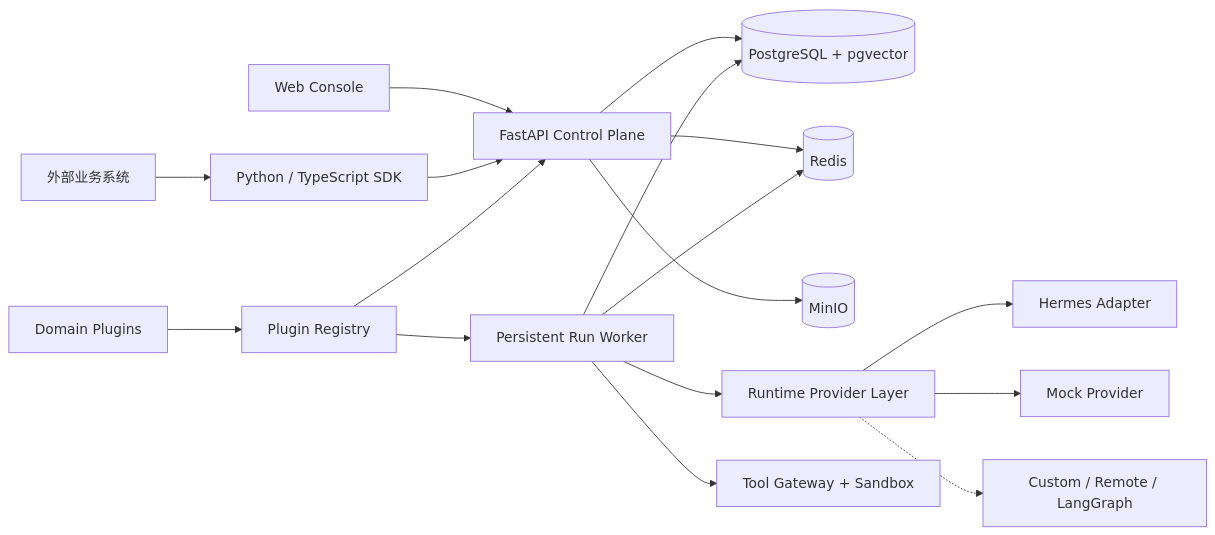
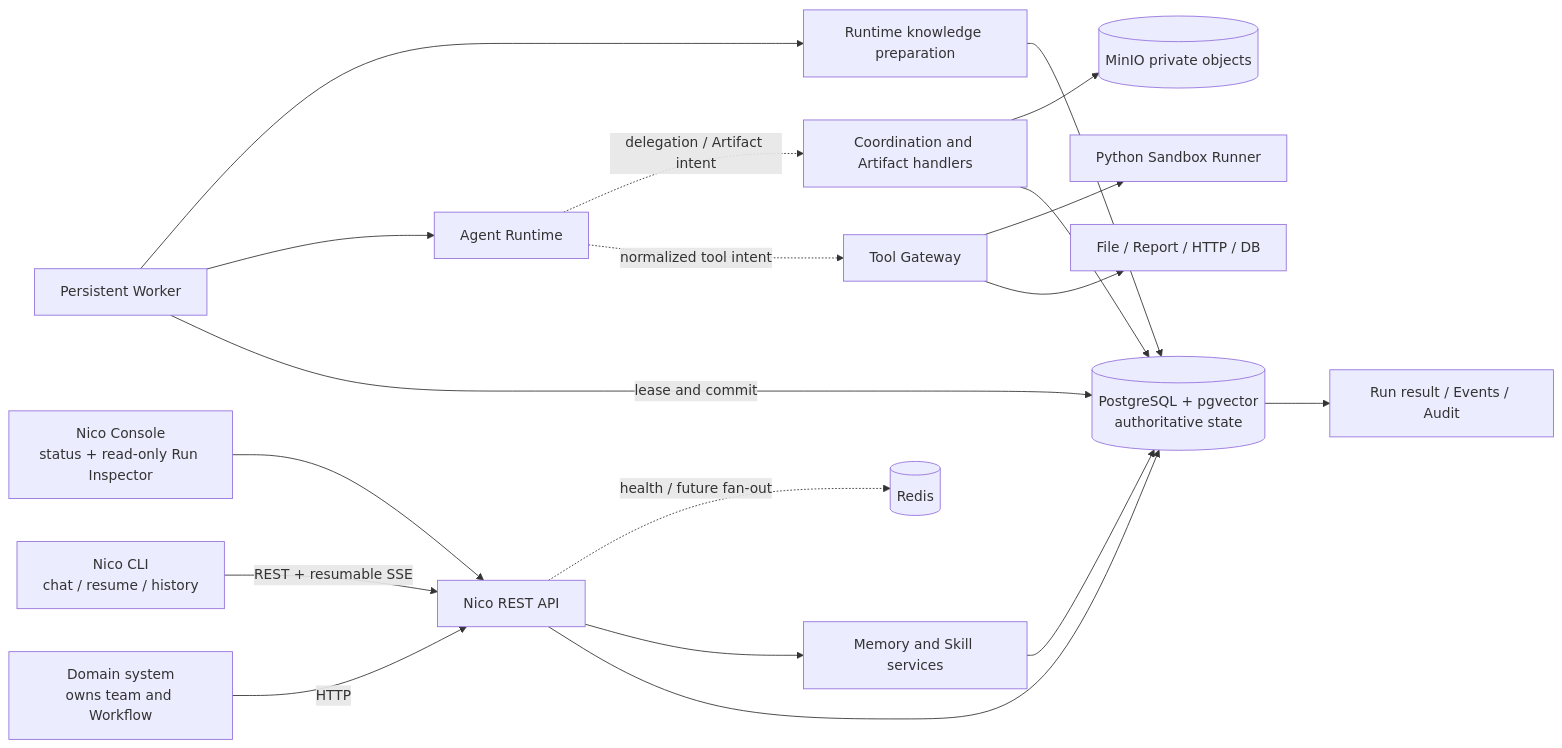
Before and after one commit to Phlosy/Nico-agent: the first of 2 diagrams in docs/architecture.md, drawn with Mermaid. The commit also changed other lines of this file and 817 other files, not shown here.

First line of the commit message:
feat(platform): complete native runtime and first-class CLI

````diff
--- a/docs/architecture.md
+++ b/docs/architecture.md
@@ -9,19 +9,21 @@
 ```mermaid
 flowchart LR
-    Client[外部业务系统] --> SDK[Python / TypeScript SDK]
-    Admin[Web Console] --> API[FastAPI Control Plane]
-    SDK --> API
-    API --> DB[(PostgreSQL + pgvector)]
-    API --> Redis[(Redis)]
-    API --> Object[(MinIO)]
-    Worker[Persistent Run Worker] --> DB
-    Worker --> Redis
-    Worker --> Runtime[Runtime Provider Layer]
-    Runtime --> Hermes[Hermes Adapter]
-    Runtime --> Mock[Mock Provider]
-    Runtime -.-> Future[Custom / Remote / LangGraph]
-    Worker --> Tools[Tool Gateway + Sandbox]
-    Plugins[Domain Plugins] --> Registry[Plugin Registry]
-    Registry --> API
-    Registry --> Worker
+    Domain["Domain system<br/>owns team and Workflow"] -->|HTTP| API["Nico REST API"]
+    CLI["Nico CLI<br/>chat / resume / history"] -->|REST + resumable SSE| API
+    Console["Nico Console<br/>status + read-only Run Inspector"] --> API
+    API --> PG[("PostgreSQL + pgvector<br/>authoritative state")]
+    Worker["Persistent Worker"] -->|lease and commit| PG
+    Worker --> Runtime["Agent Runtime"]
+    Runtime -. "normalized tool intent" .-> Gateway["Tool Gateway"]
+    Runtime -. "delegation / Artifact intent" .-> Coordination["Coordination and Artifact handlers"]
+    Coordination --> PG
+    Gateway --> Tools["File / Report / HTTP / DB"]
+    Gateway --> Runner["Python Sandbox Runner"]
+    API --> Growth["Memory and Skill services"]
+    Worker --> Prep["Runtime knowledge preparation"]
+    Prep --> PG
+    Growth --> PG
+    API -. "health / future fan-out" .-> Redis[(Redis)]
+    Coordination --> MinIO[(MinIO private objects)]
+    PG --> Records["Run result / Events / Audit"]
 ```
````
